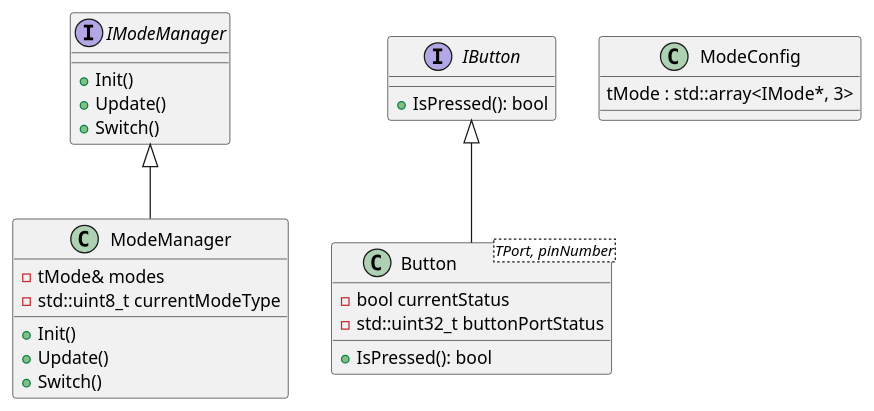
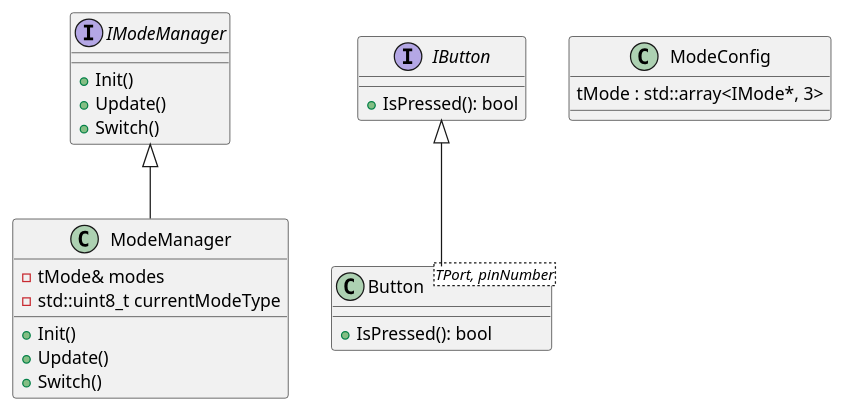
One commit to Usoaa/LABS changed the diagram in 5-6.adoc. Above: the diagram before and after it, drawn with PlantUML. The commit also changed other lines of this file, not shown here.

```diff
--- a/5-6.adoc
+++ b/5-6.adoc
@@ -38,37 +38,35 @@
 [plantuml]
 ----
 @startuml
 
 interface IModeManager {
   + Init()
   + Update()
   + Switch()
 }
 
 interface IButton {
   + IsPressed(): bool
 }
 
 class ModeManager {
   - tMode& modes
   - std::uint8_t currentModeType
   + Init()
   + Update()
   + Switch()
 }
 
 class Button<TPort, pinNumber> {
-  - bool currentStatus
-  - std::uint32_t buttonPortStatus
   + IsPressed(): bool
 }
 
 class ModeConfig {
   tMode : std::array<IMode*, 3>
 }
 
 IModeManager <|-- ModeManager
 IButton <|-- Button
 
 @enduml
 ----
```
